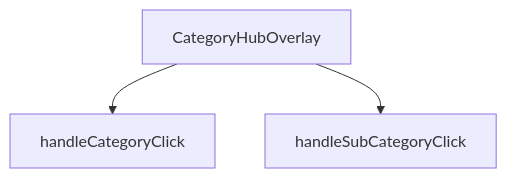
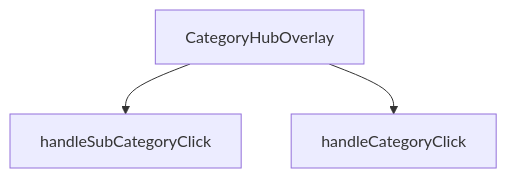
The diagram in src/components/navigation/CategoryHubOverlay.md (peckop/venthub-hvac-esite), drawn with Mermaid before and after one commit. The commit also changed other lines of this file and 36 other files, not shown here.

````diff
--- a/src/components/navigation/CategoryHubOverlay.md
+++ b/src/components/navigation/CategoryHubOverlay.md
@@ -125,8 +125,8 @@
 ```mermaid
 graph TD
     CategoryHubOverlay_tsx__CategoryHubOverlay["CategoryHubOverlay"]
     CategoryHubOverlay_tsx__handleCategoryClick["handleCategoryClick"]
     CategoryHubOverlay_tsx__handleSubCategoryClick["handleSubCategoryClick"]
+    CategoryHubOverlay_tsx__CategoryHubOverlay --> CategoryHubOverlay_tsx__handleSubCategoryClick
     CategoryHubOverlay_tsx__CategoryHubOverlay --> CategoryHubOverlay_tsx__handleCategoryClick
-    CategoryHubOverlay_tsx__CategoryHubOverlay --> CategoryHubOverlay_tsx__handleSubCategoryClick
 ```
````
